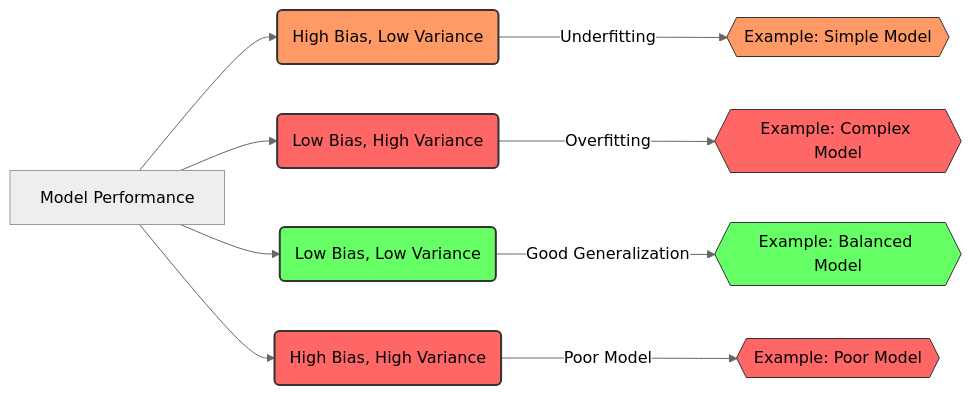
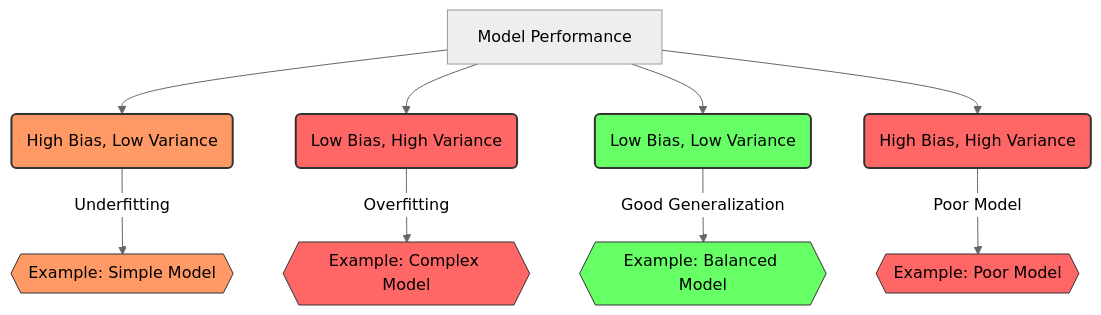
The diagram in src/site/notes/Bias vs Variance.md (proy9714/ml-and-ai-digital-garden), drawn with Mermaid (neutral theme) before and after one commit. The commit also changed other lines of this file, not shown here.

Commit message:
Update content src/site/notes/Bias vs Variance.md

````diff
--- a/src/site/notes/Bias vs Variance.md
+++ b/src/site/notes/Bias vs Variance.md
@@ -36,23 +36,22 @@
 ```mermaid
-graph LR;
+graph TD;
     A[Model Performance];
     A --> B(High Bias, Low Variance);
     A --> C(Low Bias, High Variance);
     A --> D(Low Bias, Low Variance);
     A --> E(High Bias, High Variance);
 
     B -->|Underfitting| F{{Example: Simple Model}};
     C -->|Overfitting| G{{Example: Complex Model}};
     D -->|Good Generalization| H{{Example: Balanced Model}};
     E -->|Poor Model| I{{Example: Poor Model}};
 
     style B fill:#f96,stroke:#333,stroke-width:2px;
     style C fill:#f66,stroke:#333,stroke-width:2px;
     style D fill:#6f6,stroke:#333,stroke-width:2px;
     style E fill:#f66,stroke:#333,stroke-width:2px;
     style F fill:#f96,stroke:#333,stroke-width:1px;
     style G fill:#f66,stroke:#333,stroke-width:1px;
     style H fill:#6f6,stroke:#333,stroke-width:1px;
     style I fill:#f66,stroke:#333,stroke-width:1px;
-
 ```
````
